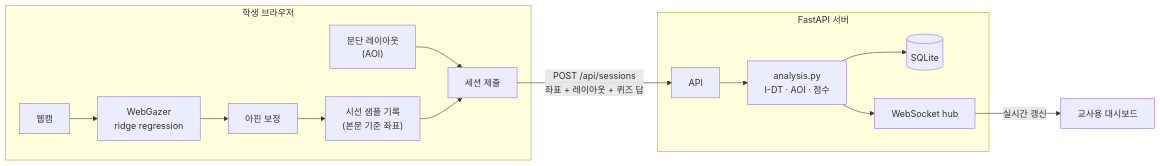
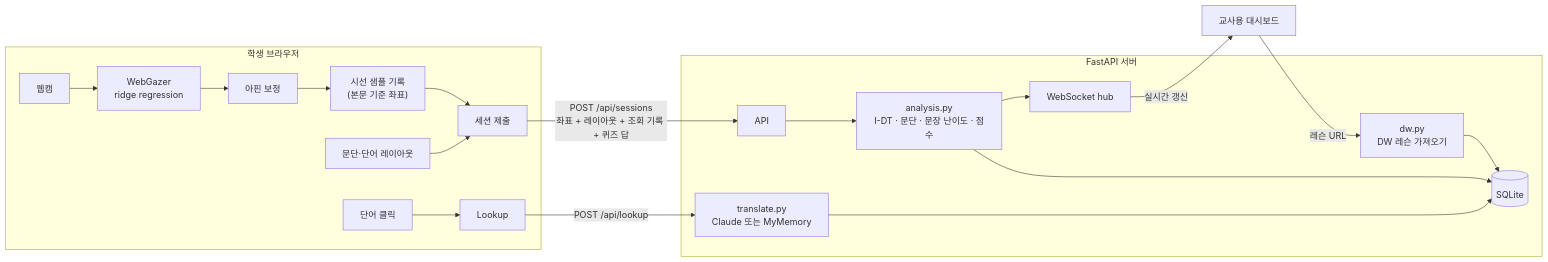
The diagram in README.md (GHLee1016/Lesen-Fuer-Studenten), drawn with Mermaid before and after one commit. The commit also changed other lines of this file, not shown here.

````diff
--- a/README.md
+++ b/README.md
@@ -34,17 +42,22 @@
 ```mermaid
 flowchart LR
   subgraph Browser["학생 브라우저"]
     Cam[웹캠] --> WG[WebGazer<br/>ridge regression]
     WG --> Aff[아핀 보정]
     Aff --> Rec["시선 샘플 기록<br/>(본문 기준 좌표)"]
-    Layout["문단 레이아웃<br/>(AOI)"] --> Post
+    Layout["문단·단어 레이아웃"] --> Post
+    Click[단어 클릭] --> Lookup
     Rec --> Post[세션 제출]
   end
-  Post -->|"POST /api/sessions<br/>좌표 + 레이아웃 + 퀴즈 답"| API
+  Post -->|"POST /api/sessions<br/>좌표 + 레이아웃 + 조회 기록 + 퀴즈 답"| API
+  Lookup -->|POST /api/lookup| Tr
   subgraph Server["FastAPI 서버"]
-    API --> Ana["analysis.py<br/>I-DT · AOI · 점수"]
+    API --> Ana["analysis.py<br/>I-DT · 문단 · 문장 난이도 · 점수"]
+    Tr["translate.py<br/>Claude 또는 MyMemory"] --> DB
+    DWI["dw.py<br/>DW 레슨 가져오기"] --> DB
     Ana --> DB[(SQLite)]
     Ana --> Hub[WebSocket hub]
   end
   Hub -->|실시간 갱신| Admin[교사용 대시보드]
+  Admin -->|레슨 URL| DWI
 ```
````
